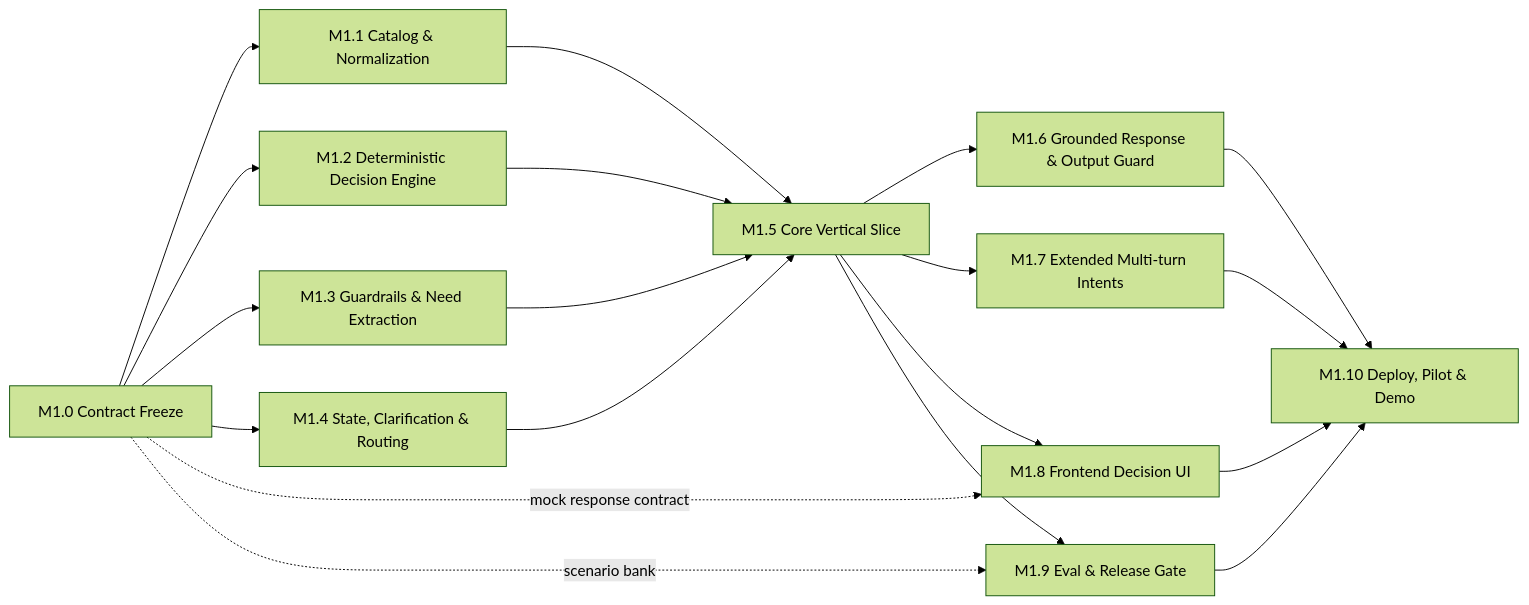
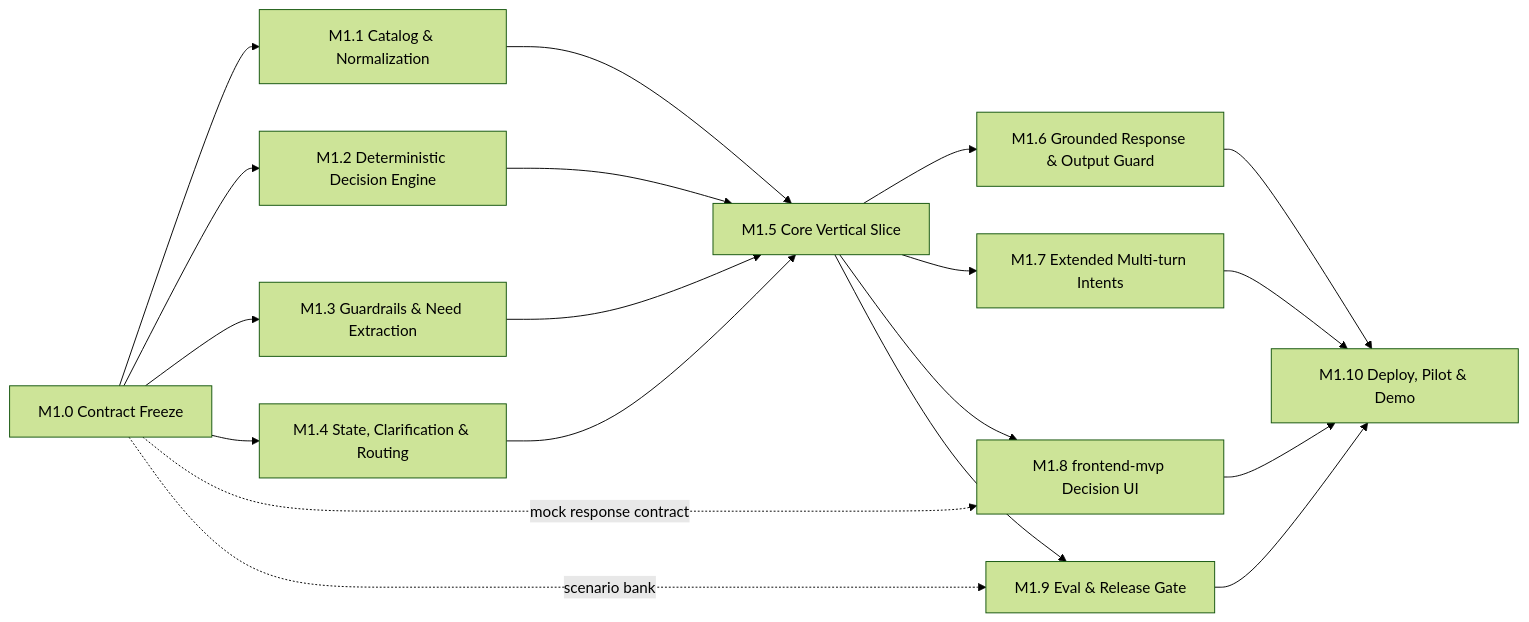
Before and after one commit to MathematicGuy/AI-Hackathon-2026: the first of 2 diagrams in PROJECT_MANAGEMENT.md, drawn with Mermaid (forest theme). The commit also changed other lines of this file and 22 other files, not shown here.

````diff
--- a/PROJECT_MANAGEMENT.md
+++ b/PROJECT_MANAGEMENT.md
@@ -139,33 +141,33 @@
 ```mermaid
 flowchart LR
     M10["M1.0 Contract Freeze"]
     M11["M1.1 Catalog & Normalization"]
     M12["M1.2 Deterministic Decision Engine"]
     M13["M1.3 Guardrails & Need Extraction"]
     M14["M1.4 State, Clarification & Routing"]
     M15["M1.5 Core Vertical Slice"]
     M16["M1.6 Grounded Response & Output Guard"]
     M17["M1.7 Extended Multi-turn Intents"]
-    M18["M1.8 Frontend Decision UI"]
+    M18["M1.8 frontend-mvp Decision UI"]
     M19["M1.9 Eval & Release Gate"]
     M110["M1.10 Deploy, Pilot & Demo"]
 
     M10 --> M11
     M10 --> M12
     M10 --> M13
     M10 --> M14
     M10 -. mock response contract .-> M18
     M10 -. scenario bank .-> M19
     M11 --> M15
     M12 --> M15
     M13 --> M15
     M14 --> M15
     M15 --> M16
     M15 --> M17
     M15 --> M18
     M15 --> M19
     M16 --> M110
     M17 --> M110
     M18 --> M110
     M19 --> M110
 ```
````
